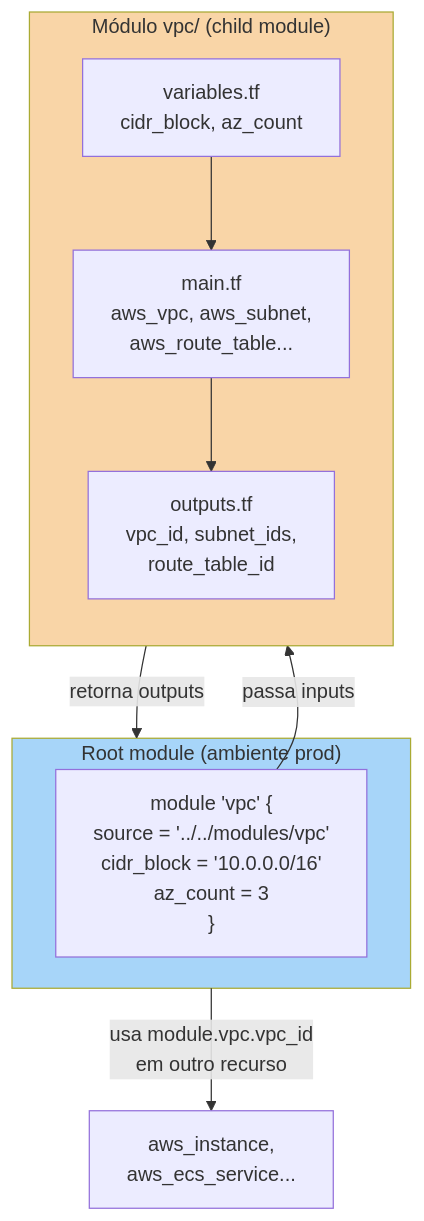
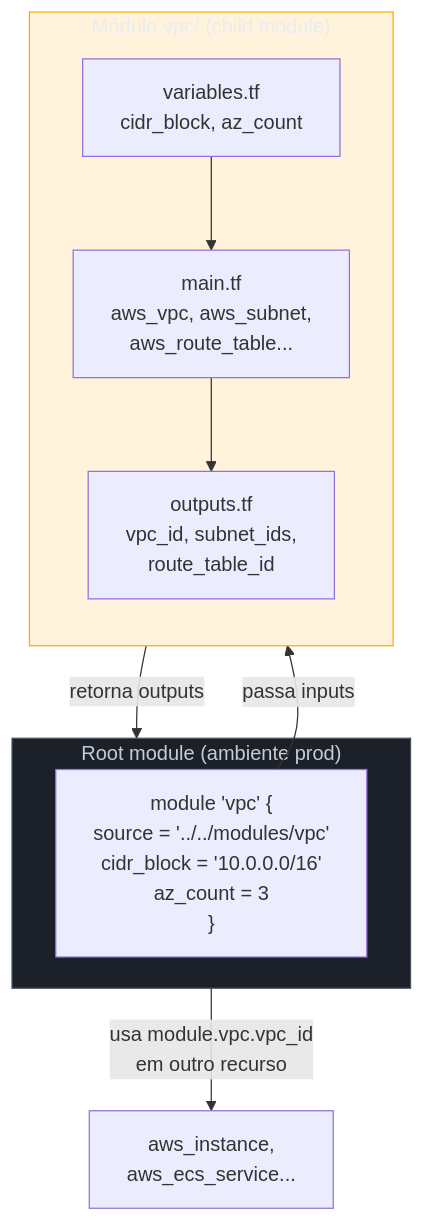
Before and after one commit to josenaldo/codex-technomanticus: the first of 3 diagrams in 03-Dominios/Tecnologia/Cloud/16 - Infrastructure as Code/05 - Módulos, ambientes e boas práticas.md, drawn with Mermaid. The commit also changed other lines of this file and 1181 other files, not shown here.

First line of the commit message:
fix(diagramas): paleta do sistema no lugar de cor cravada no markdown

````diff
--- a/03-Dominios/Tecnologia/Cloud/16 - Infrastructure as Code/05 - Módulos, ambientes e boas práticas.md
+++ b/03-Dominios/Tecnologia/Cloud/16 - Infrastructure as Code/05 - Módulos, ambientes e boas práticas.md
@@ -35,19 +35,21 @@
 ```mermaid
 flowchart TB
+    classDef destaque fill:#FFAA0024,stroke:#FFAA00,color:#E9ECF2
+    classDef neutro fill:#1B2029,stroke:#4E5666,color:#C6CCD8
     subgraph Root["Root module (ambiente prod)"]
         Call["module 'vpc' {\n  source = '../../modules/vpc'\n  cidr_block = '10.0.0.0/16'\n  az_count = 3\n}"]
     end
     subgraph ModVPC["Módulo vpc/ (child module)"]
         direction TB
         Vars["variables.tf\ncidr_block, az_count"]
         Res["main.tf\naws_vpc, aws_subnet,\naws_route_table..."]
         Outs["outputs.tf\nvpc_id, subnet_ids,\nroute_table_id"]
         Vars --> Res --> Outs
     end
     Call -->|"passa inputs"| Vars
     Outs -->|"retorna outputs"| Root
     Root -->|"usa module.vpc.vpc_id\nem outro recurso"| Consumo["aws_instance,\naws_ecs_service..."]
 
-    style ModVPC fill:#f9d5a7
-    style Root fill:#a7d5f9
+    class ModVPC destaque
+    class Root neutro
 ```
````
